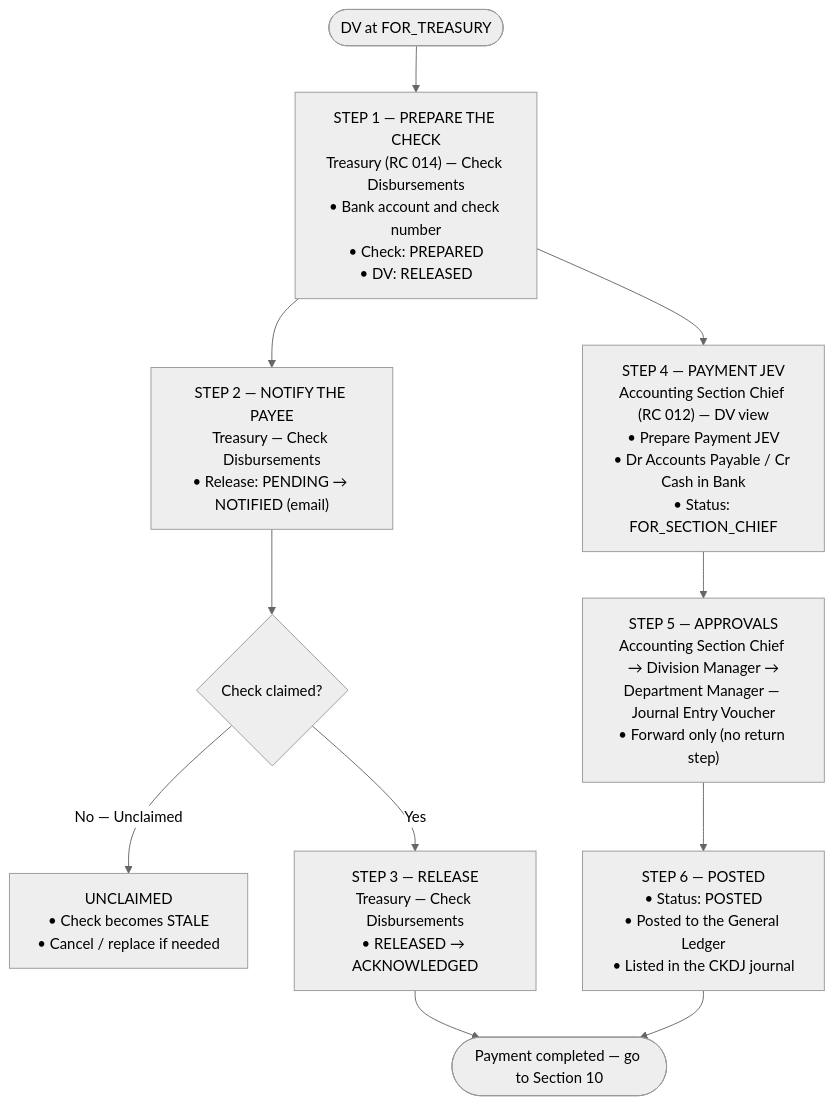
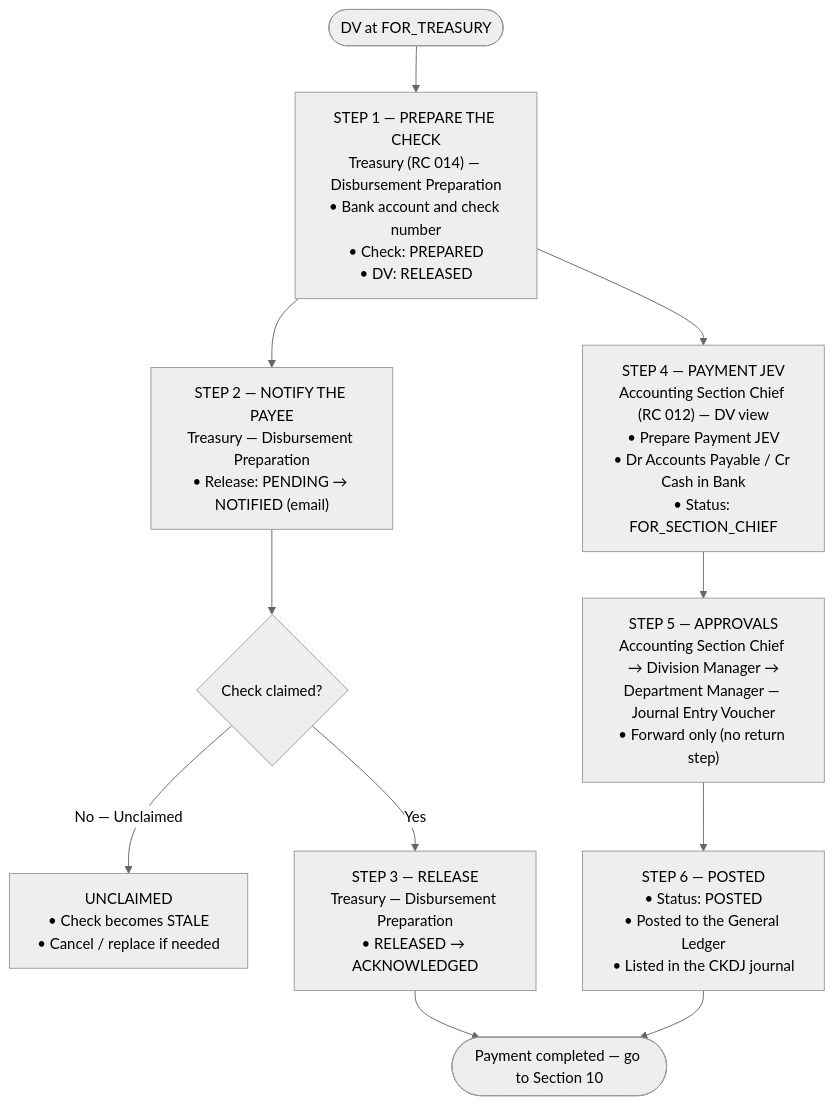
Before and after one commit to A-team-ITBS/fims-nha: diagram 11 of 13 in system_docs/process-flow/PROCESS-FLOW.md, drawn with Mermaid (neutral theme). The commit also changed other lines of this file and 9 other files, not shown here.

````diff
--- a/system_docs/process-flow/PROCESS-FLOW.md
+++ b/system_docs/process-flow/PROCESS-FLOW.md
@@ -353,13 +401,13 @@
 ```mermaid
 flowchart TD
-    START(["DV at FOR_TREASURY"]) --> S1["STEP 1 — PREPARE THE CHECK<br/>Treasury (RC 014) — Check Disbursements<br/>• Bank account and check number<br/>• Check: PREPARED<br/>• DV: RELEASED"]
-    S1 --> S2["STEP 2 — NOTIFY THE PAYEE<br/>Treasury — Check Disbursements<br/>• Release: PENDING → NOTIFIED (email)"]
+    START(["DV at FOR_TREASURY"]) --> S1["STEP 1 — PREPARE THE CHECK<br/>Treasury (RC 014) — Disbursement Preparation<br/>• Bank account and check number<br/>• Check: PREPARED<br/>• DV: RELEASED"]
+    S1 --> S2["STEP 2 — NOTIFY THE PAYEE<br/>Treasury — Disbursement Preparation<br/>• Release: PENDING → NOTIFIED (email)"]
     S2 --> D1{"Check claimed?"}
     D1 -->|"No — Unclaimed"| U["UNCLAIMED<br/>• Check becomes STALE<br/>• Cancel / replace if needed"]
-    D1 -->|"Yes"| S3["STEP 3 — RELEASE<br/>Treasury — Check Disbursements<br/>• RELEASED → ACKNOWLEDGED"]
+    D1 -->|"Yes"| S3["STEP 3 — RELEASE<br/>Treasury — Disbursement Preparation<br/>• RELEASED → ACKNOWLEDGED"]
     S1 --> S4["STEP 4 — PAYMENT JEV<br/>Accounting Section Chief (RC 012) — DV view<br/>• Prepare Payment JEV<br/>• Dr Accounts Payable / Cr Cash in Bank<br/>• Status: FOR_SECTION_CHIEF"]
     S4 --> S5["STEP 5 — APPROVALS<br/>Accounting Section Chief → Division Manager →<br/>Department Manager — Journal Entry Voucher<br/>• Forward only (no return step)"]
     S5 --> S6["STEP 6 — POSTED<br/>• Status: POSTED<br/>• Posted to the General Ledger<br/>• Listed in the CKDJ journal"]
     S3 --> END(["Payment completed — go to Section 10"])
     S6 --> END
 ```
````
